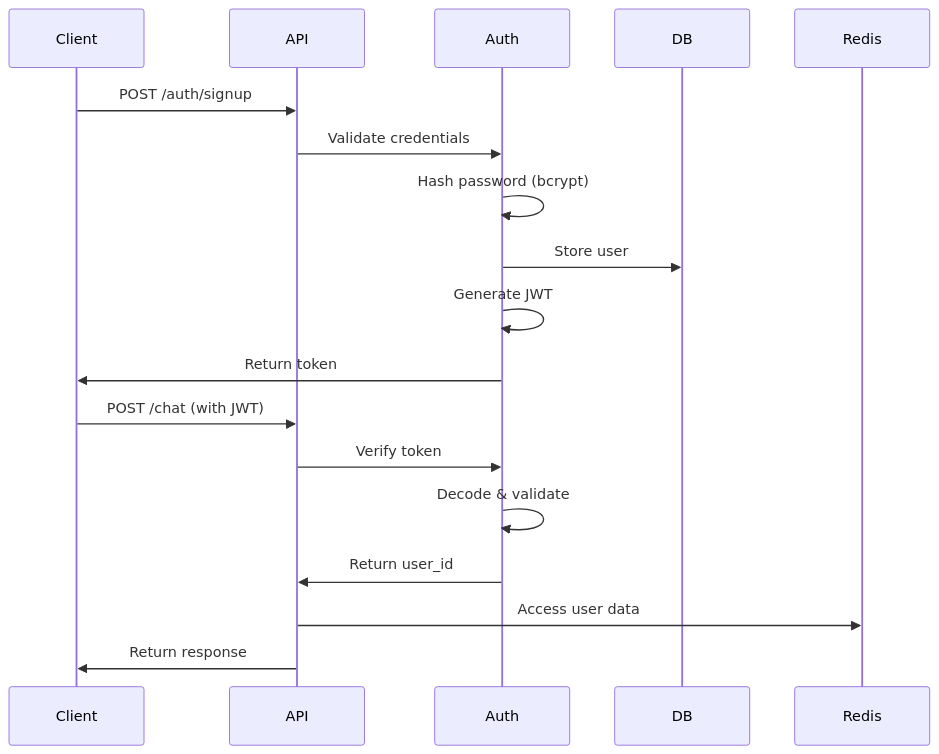
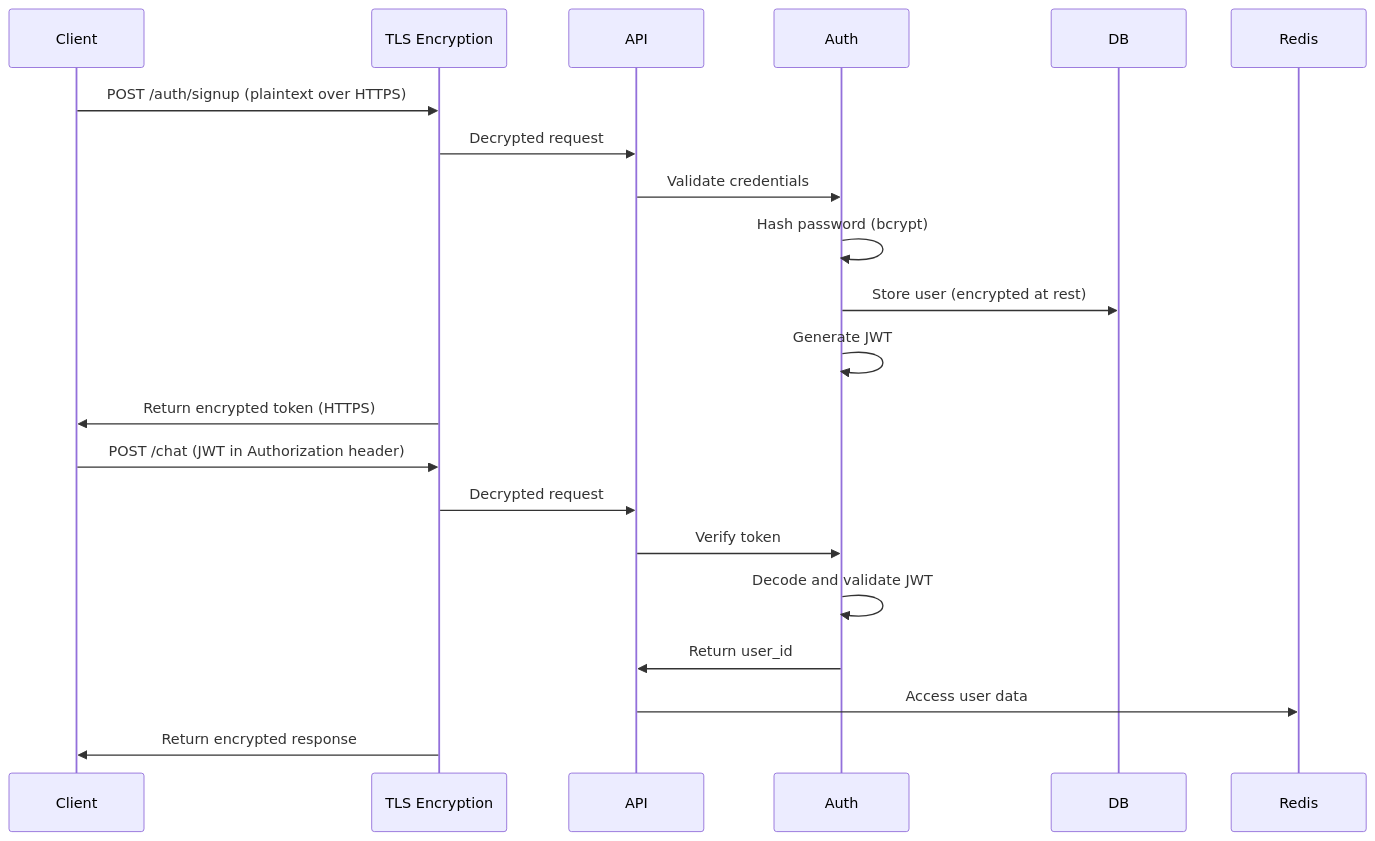
One commit to Shashwat-Akhilesh-Shukla/Cognitive-AI changed diagram 12 of 18 in RESEARCH.md. Above: the diagram before and after it, drawn with Mermaid. The commit also changed other lines of this file and 4 other files, not shown here.

````diff
--- a/RESEARCH.md
+++ b/RESEARCH.md
@@ -1138,22 +1153,25 @@
 ```mermaid
 sequenceDiagram
     participant Client
+    participant TLS as TLS Encryption
     participant API
     participant Auth
     participant DB
     participant Redis
-    
-    Client->>API: POST /auth/signup
+
+    Client->>TLS: POST /auth/signup (plaintext over HTTPS)
+    TLS->>API: Decrypted request
     API->>Auth: Validate credentials
     Auth->>Auth: Hash password (bcrypt)
-    Auth->>DB: Store user
+    Auth->>DB: Store user (encrypted at rest)
     Auth->>Auth: Generate JWT
-    Auth->>Client: Return token
-    
-    Client->>API: POST /chat (with JWT)
+    TLS->>Client: Return encrypted token (HTTPS)
+
+    Client->>TLS: POST /chat (JWT in Authorization header)
+    TLS->>API: Decrypted request
     API->>Auth: Verify token
-    Auth->>Auth: Decode & validate
+    Auth->>Auth: Decode and validate JWT
     Auth->>API: Return user_id
     API->>Redis: Access user data
-    API->>Client: Return response
+    TLS->>Client: Return encrypted response
 ```
````
